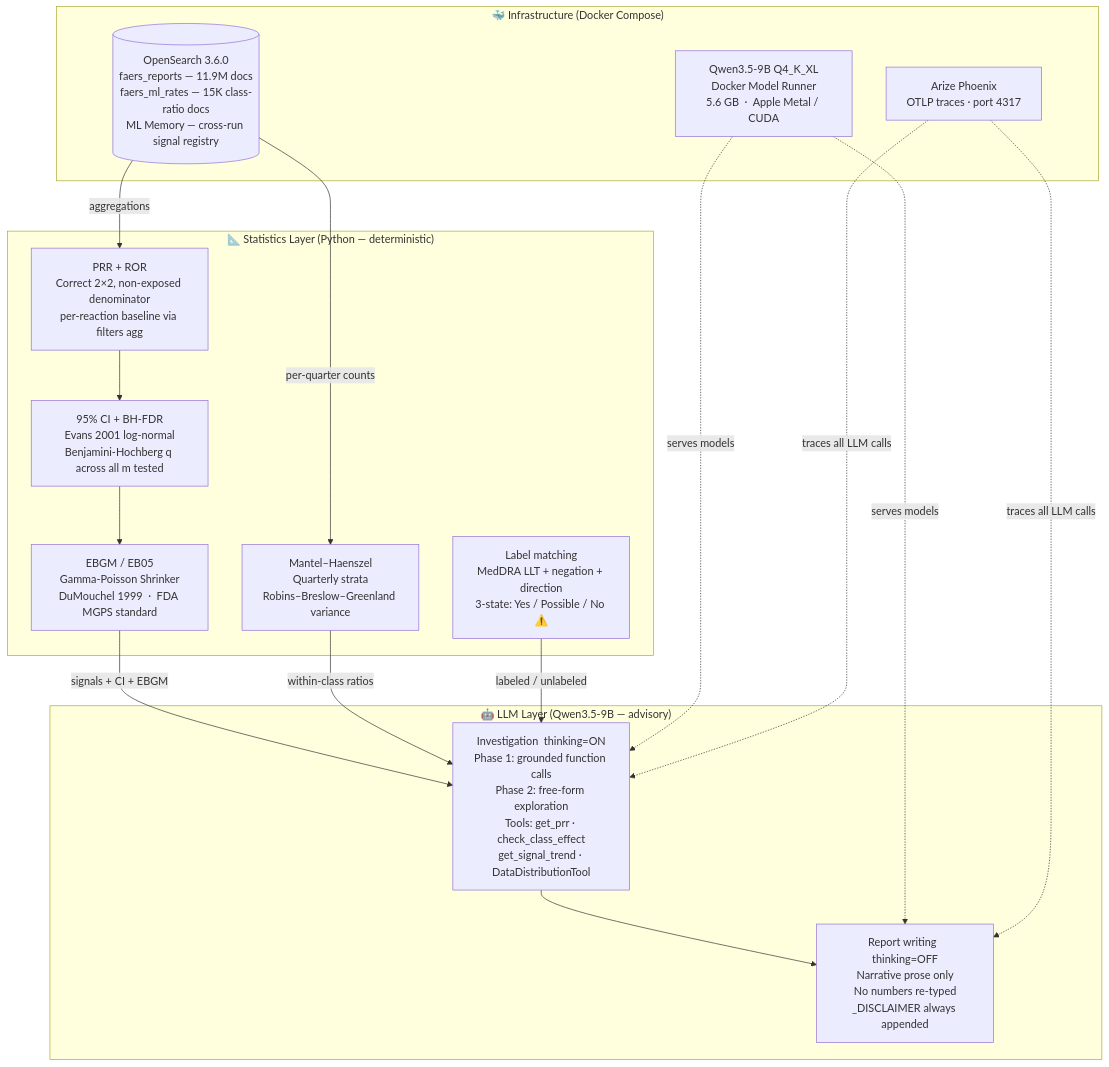
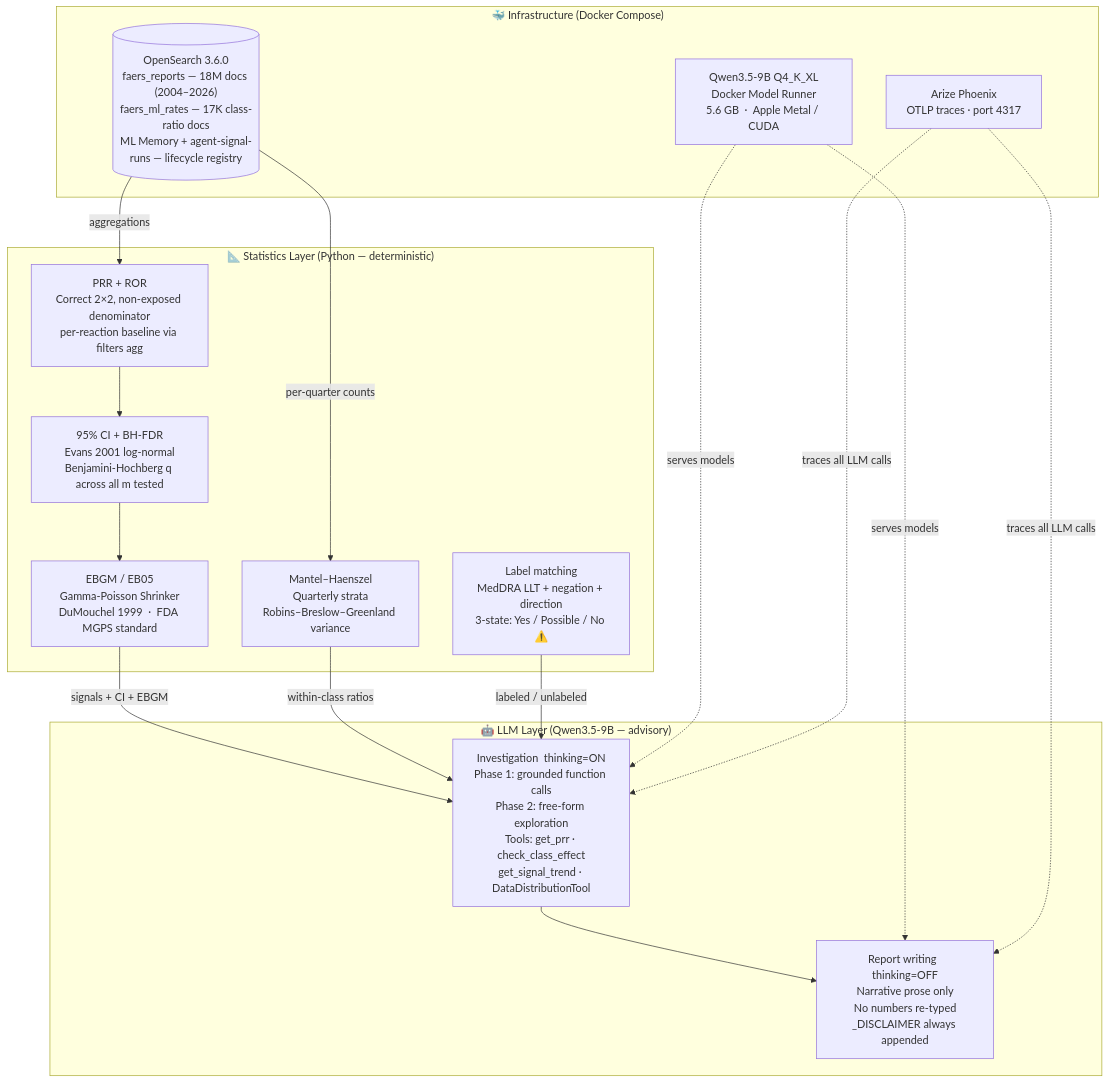
Before and after one commit to al-Zamakhshari/drug-safety-signal-agent: the second of 4 diagrams in README.md, drawn with Mermaid. The commit also changed other lines of this file and 6 other files, not shown here.

````diff
--- a/README.md
+++ b/README.md
@@ -113,31 +113,31 @@
 ```mermaid
 flowchart TB
     subgraph INFRA["🐳 Infrastructure  (Docker Compose)"]
-        OS[("OpenSearch 3.6.0\nfaers_reports — 11.9M docs\nfaers_ml_rates — 15K class-ratio docs\nML Memory — cross-run signal registry")]
+        OS[("OpenSearch 3.6.0\nfaers_reports — 18M docs (2004–2026)\nfaers_ml_rates — 17K class-ratio docs\nML Memory + agent-signal-runs — lifecycle registry")]
         QW["Qwen3.5-9B Q4_K_XL\nDocker Model Runner\n5.6 GB  ·  Apple Metal / CUDA"]
         PX["Arize Phoenix\nOTLP traces  ·  port 4317"]
     end
 
     subgraph STATS["📐 Statistics Layer  (Python — deterministic)"]
         P1["PRR + ROR\nCorrect 2×2, non-exposed denominator\nper-reaction baseline via filters agg"]
         P2["95% CI + BH-FDR\nEvans 2001 log-normal\nBenjamini-Hochberg q across all m tested"]
         P3["EBGM / EB05\nGamma-Poisson Shrinker\nDuMouchel 1999  ·  FDA MGPS standard"]
         P4["Mantel–Haenszel\nQuarterly strata\nRobins–Breslow–Greenland variance"]
         P5["Label matching\nMedDRA LLT + negation + direction\n3-state: Yes / Possible / No ⚠️"]
     end
 
     subgraph LLM_LAYER["🤖 LLM Layer  (Qwen3.5-9B — advisory)"]
         L1["Investigation  thinking=ON\nPhase 1: grounded function calls\nPhase 2: free-form exploration\nTools: get_prr · check_class_effect\nget_signal_trend · DataDistributionTool"]
         L2["Report writing  thinking=OFF\nNarrative prose only\nNo numbers re-typed\n_DISCLAIMER always appended"]
     end
 
     OS -->|aggregations| P1
     OS -->|per-quarter counts| P4
     P1 --> P2 --> P3
     P3 -->|signals + CI + EBGM| L1
     P4 -->|within-class ratios| L1
     P5 -->|labeled / unlabeled| L1
     L1 --> L2
     QW -.->|serves models| L1 & L2
     PX -.->|traces all LLM calls| L1 & L2
 ```
````
